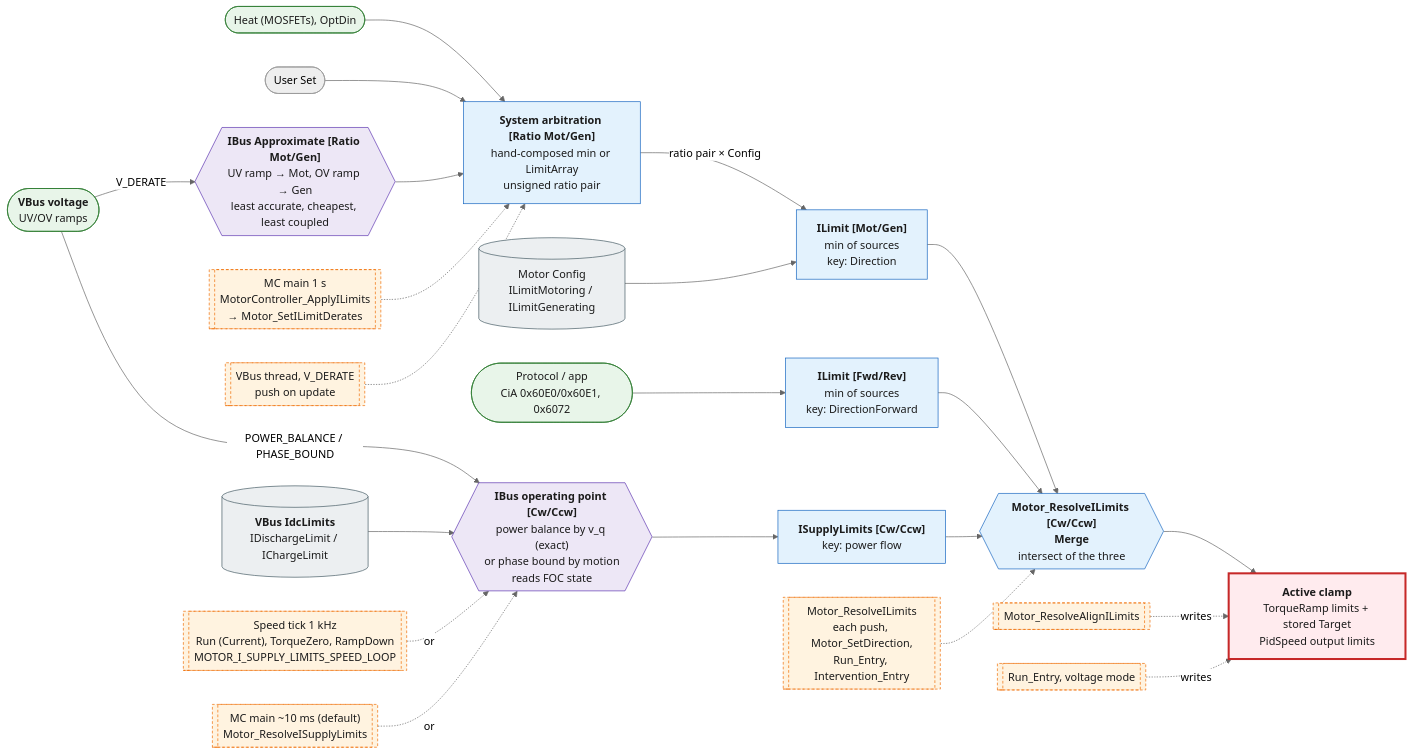
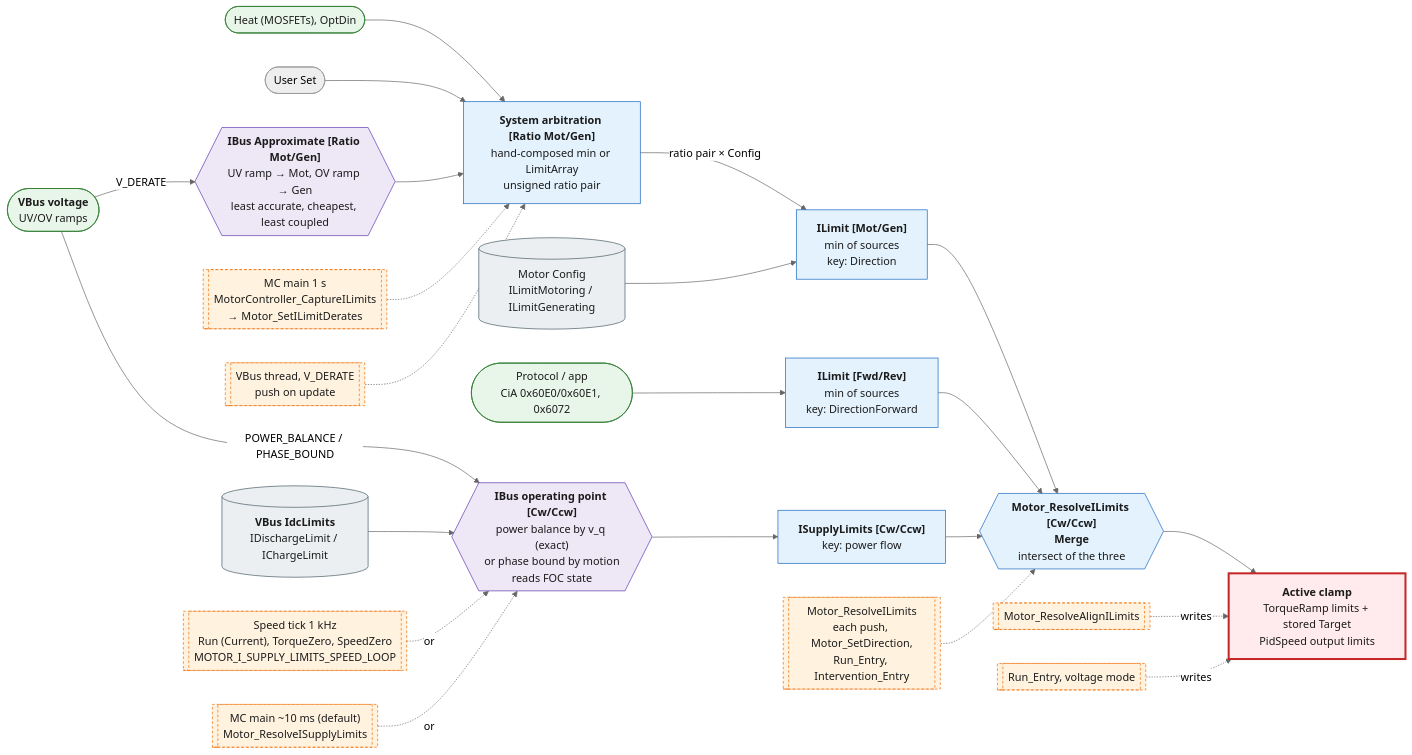
One commit to FireSourcery/FireSourcery_Library changed the first of 2 diagrams in Motor/Docs/ILimitsRouting.md. Above: the diagram before and after it, drawn with Mermaid (neutral theme). The commit also changed 26 other files, not shown here.

````diff
--- a/Motor/Docs/ILimitsRouting.md
+++ b/Motor/Docs/ILimitsRouting.md
@@ -3,70 +3,70 @@
 ```mermaid
 flowchart LR
     %% Live limit sources
     SYS(["Heat (MOSFETs), OptDin"])
     USER(["User Set"])
     PRO(["Protocol / app<br/>CiA 0x60E0/0x60E1, 0x6072"])
     VB(["<b>VBus voltage</b><br/>UV/OV ramps"])
 
     %% Stored limits
     CFG[("Motor Config<br/>ILimitMotoring / ILimitGenerating")]
     IDC[("<b>VBus IdcLimits</b><br/>IDischargeLimit / IChargeLimit")]
 
     %% Frame conversions
     PB{{"<b>IBus operating point [Cw/Ccw]</b><br/>power balance by v_q (exact)<br/>or phase bound by motion<br/>reads FOC state"}}
     VD{{"<b>IBus Approximate [Ratio Mot/Gen]</b><br/>UV ramp → Mot, OV ramp → Gen<br/>least accurate, cheapest, least coupled"}}
     GET{{"<b>Motor_ResolveILimits [Cw/Ccw]</b><br/><b>Merge</b><br/>intersect of the three"}}
 
     %% Merge points
     ARB["<b>System arbitration [Ratio Mot/Gen]</b><br/>hand-composed min or LimitArray<br/>unsigned ratio pair"]
     PAIR["<b>ILimit [Mot/Gen]</b><br/>min of sources<br/>key: Direction"]
     DIR["<b>ILimit [Fwd/Rev]</b><br/>min of sources<br/>key: DirectionForward"]
     WIN["<b>ISupplyLimits [Cw/Ccw]</b><br/>key: power flow"]
 
     %% Active clamp
     SLOT["<b>Active clamp</b><br/>TorqueRamp limits + stored Target<br/>PidSpeed output limits"]
 
     %% Limit data flow
     SYS --> ARB
     USER --> ARB
     VB -->|V_DERATE| VD --> ARB
     VB -->|"POWER_BALANCE / PHASE_BOUND"| PB --> WIN
     IDC --> PB
     ARB -->|"ratio pair × Config"| PAIR
     CFG --> PAIR
     PRO --> DIR
     PAIR --> GET
     DIR --> GET
     WIN --> GET
     GET --> SLOT
 
     %% Call sites
-    C1S[["MC main 1 s<br/>MotorController_ApplyILimits<br/>→ Motor_SetILimitDerates"]]
+    C1S[["MC main 1 s<br/>MotorController_CaptureILimits<br/>→ Motor_SetILimitDerates"]]
     CVB[["VBus thread, V_DERATE<br/>push on update"]]
-    TICK[["Speed tick 1 kHz<br/>Run (Current), TorqueZero, RampDown<br/>MOTOR_I_SUPPLY_LIMITS_SPEED_LOOP"]]
+    TICK[["Speed tick 1 kHz<br/>Run (Current), TorqueZero, SpeedZero<br/>MOTOR_I_SUPPLY_LIMITS_SPEED_LOOP"]]
     MC10[["MC main ~10 ms (default)<br/>Motor_ResolveISupplyLimits"]]
     RES[["Motor_ResolveILimits<br/>each push, Motor_SetDirection,<br/>Run_Entry, Intervention_Entry"]]
     AL[["Motor_ResolveAlignILimits"]]
     VM[["Run_Entry, voltage mode"]]
 
     C1S -.-> ARB
     CVB -.-> ARB
     TICK -.->|or| PB
     MC10 -.->|or| PB
     RES -.-> GET
     AL -.->|writes| SLOT
     VM -.->|writes| SLOT
 
     classDef source fill:#e8f5e9,stroke:#2e7d32,color:#1b1b1b
     classDef storage fill:#eceff1,stroke:#455a64,color:#1b1b1b
     classDef convert fill:#ede7f6,stroke:#5e35b1,color:#1b1b1b
     classDef merge fill:#e3f2fd,stroke:#1565c0,color:#1b1b1b
     classDef clamp fill:#ffebee,stroke:#c62828,color:#1b1b1b,stroke-width:3px
     classDef callsite fill:#fff3e0,stroke:#ef6c00,color:#1b1b1b,stroke-dasharray:4 3
     class SYS,PRO,VB source
     class CFG,IDC storage
     class PB,VD convert
     class ARB,PAIR,DIR,WIN,GET merge
     class SLOT clamp
     class C1S,CVB,TICK,MC10,RES,AL,VM callsite
 ```
````
